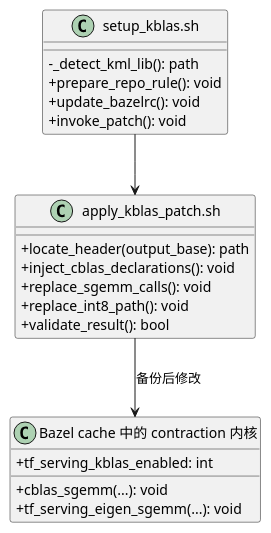
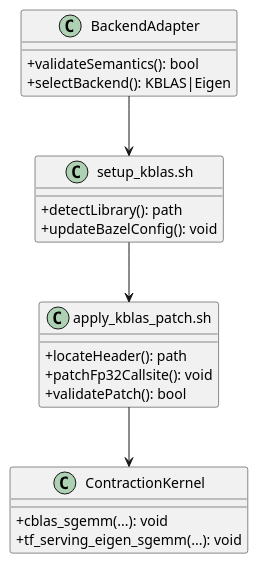
Before and after one commit to wlmnzf40/kblas-gemm-tuning: the eighth of 10 diagrams in references/detailed-design.md, drawn with PlantUML. The commit also changed other lines of this file, not shown here.

Commit message:
docs: restructure KML tuning design workflow

````diff
--- a/references/detailed-design.md
+++ b/references/detailed-design.md
@@ -346,30 +393,26 @@
 ```plantuml
 @startuml
 skinparam defaultFontName "Microsoft YaHei"
 skinparam classAttributeIconSize 0
-
+class BackendAdapter {
+  + validateSemantics(): bool
+  + selectBackend(): KBLAS|Eigen
+}
 class "setup_kblas.sh" as Setup {
-  - _detect_kml_lib(): path
-  + prepare_repo_rule(): void
-  + update_bazelrc(): void
-  + invoke_patch(): void
+  + detectLibrary(): path
+  + updateBazelConfig(): void
 }
-
 class "apply_kblas_patch.sh" as Patch {
-  + locate_header(output_base): path
-  + inject_cblas_declarations(): void
-  + replace_sgemm_calls(): void
-  + replace_int8_path(): void
-  + validate_result(): bool
+  + locateHeader(): path
+  + patchFp32Callsite(): void
+  + validatePatch(): bool
 }
-
-class "Bazel cache 中的 contraction 内核" as Kernel {
-  + tf_serving_kblas_enabled: int
+class ContractionKernel {
   + cblas_sgemm(...): void
   + tf_serving_eigen_sgemm(...): void
 }
-
+BackendAdapter --> Setup
 Setup --> Patch
-Patch --> Kernel : 备份后修改
+Patch --> ContractionKernel
 @enduml
 ```
````
